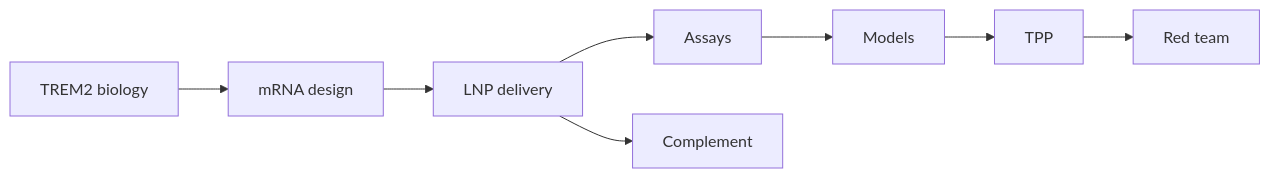
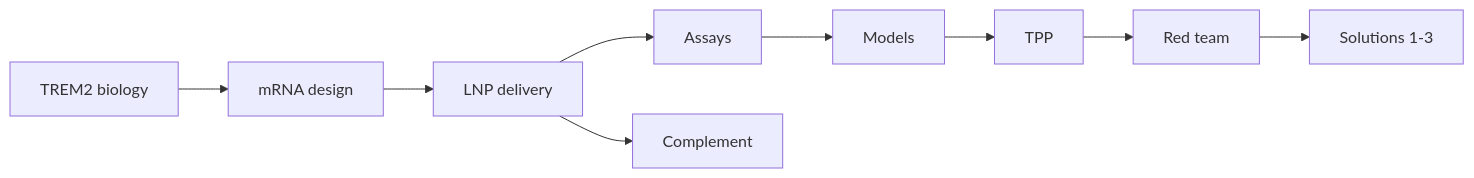
Before and after one commit to CosmicCEO/novellum: the diagram in science/README.md, drawn with Mermaid. The commit also changed other lines of this file, not shown here.

Commit message:
Index solutions memo for red-team 1-3

````diff
--- a/science/README.md
+++ b/science/README.md
@@ -7,10 +7,11 @@
 ```mermaid
 flowchart LR
   B[TREM2 biology] --> M[mRNA design]
   M --> D[LNP delivery]
   D --> A[Assays]
   A --> Mod[Models]
   Mod --> T[TPP]
   D --> C[Complement]
   T --> R[Red team]
+  R --> S[Solutions 1-3]
 ```
````
